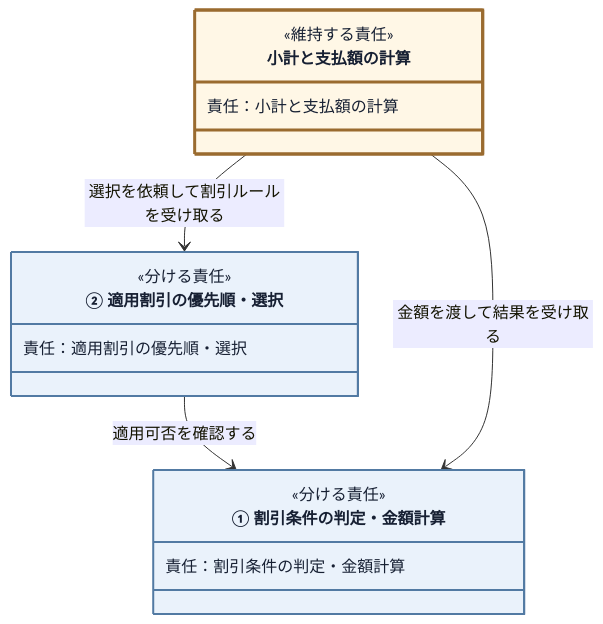
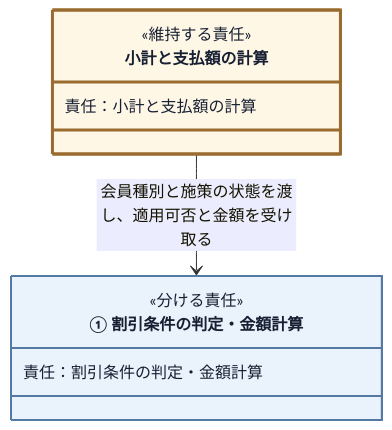
One commit to kumachan1101-pixel/DesignPattern changed the eighth of 18 diagrams in kindle/design-patterns/books/volume01-core-patterns/output/03-chapter01.md. Above: the diagram before and after it, drawn with Mermaid. The commit also changed other lines of this file and 7 other files, not shown here.

````diff
--- a/kindle/design-patterns/books/volume01-core-patterns/output/03-chapter01.md
+++ b/kindle/design-patterns/books/volume01-core-patterns/output/03-chapter01.md
@@ -1313,23 +1345,17 @@
 ```mermaid
 classDiagram
     %% provisional-role-diagram
     direction TB
     class OrderCalculation["小計と支払額の計算"]:::current {
         <<維持する責任>>
         責任：小計と支払額の計算
     }
     class PromotionPolicy["① 割引条件の判定・金額計算"]:::separated {
         <<分ける責任>>
         責任：割引条件の判定・金額計算
     }
-    class ConflictPolicy["② 適用割引の優先順・選択"]:::separated {
-        <<分ける責任>>
-        責任：適用割引の優先順・選択
-    }
-    OrderCalculation --> ConflictPolicy : 選択を依頼して割引ルールを受け取る
-    ConflictPolicy --> PromotionPolicy : 適用可否を確認する
-    OrderCalculation --> PromotionPolicy : 金額を渡して結果を受け取る
+    OrderCalculation --> PromotionPolicy : 会員種別と施策の状態を渡し、適用可否と金額を受け取る
 
     classDef separated fill:#eaf2fb,stroke:#527aa3,stroke-width:2px,color:#172033;
     classDef current fill:#fff7e6,stroke:#9a6b2f,stroke-width:3px,color:#172033;
 ```
````
